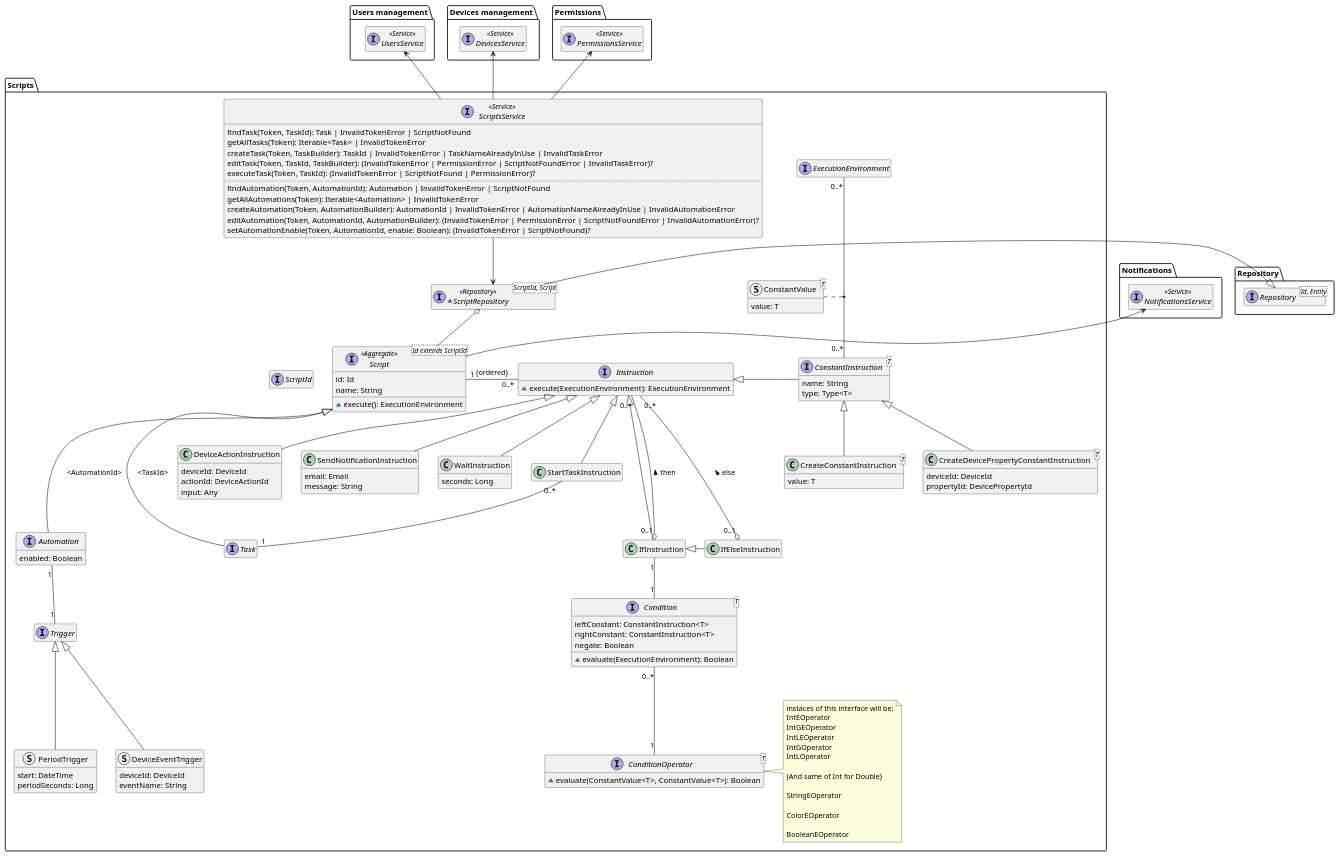
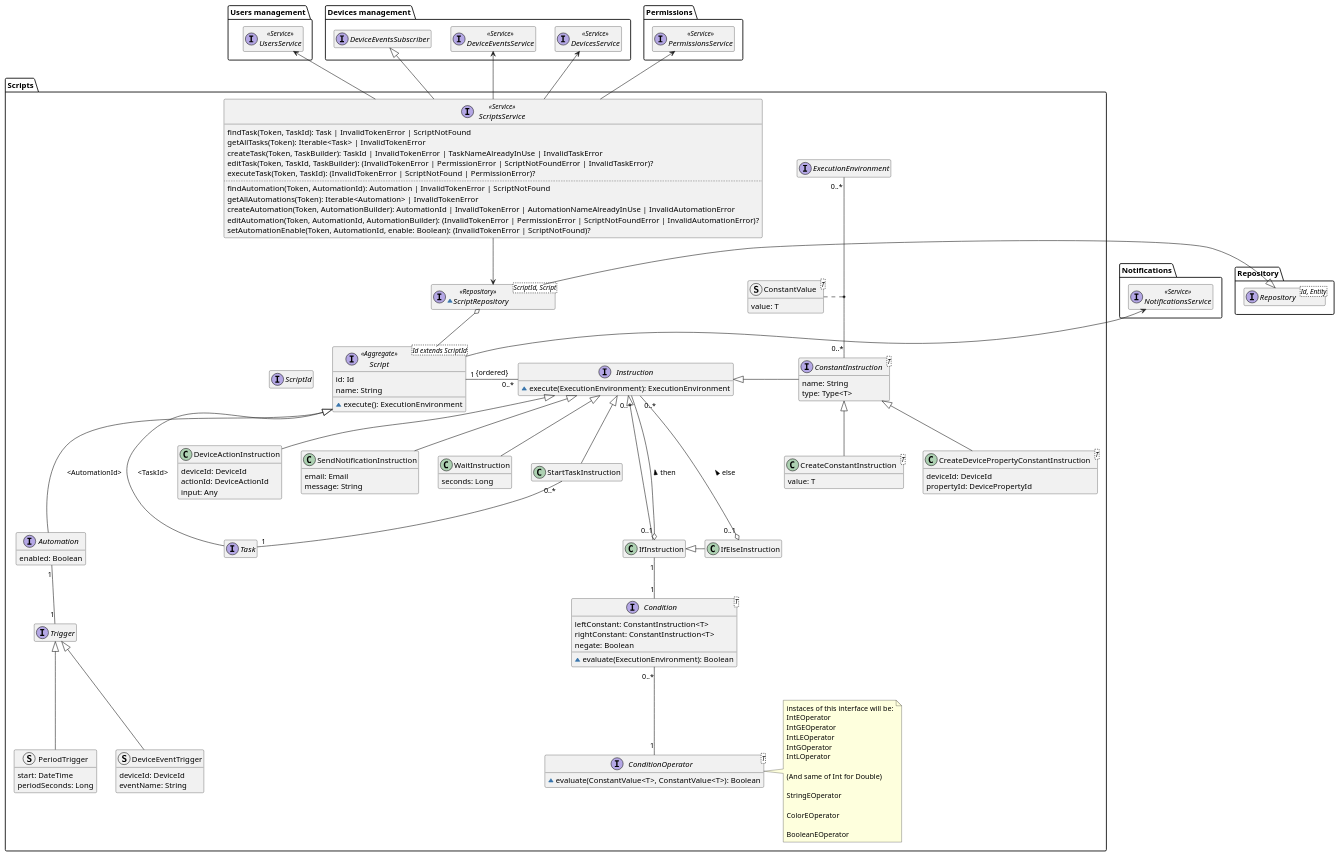
One commit to DomoticASW/.github changed the diagram in diagrams/src/scripts-domain-model.puml. Above: the diagram before and after it, drawn with PlantUML. The commit also changed 1 other file, not shown here.

Commit message:
fix doc missing dependencies Scripts->Devices

```diff
--- a/diagrams/src/scripts-domain-model.puml
+++ b/diagrams/src/scripts-domain-model.puml
@@ -1,165 +1,169 @@
 @startuml scripts-domain-model
 
 hide empty members
 package Repository{
     interface Repository<Id, Entity>
 }
 
 package "Users management" as UsersManagement {
     interface UsersService <<Service>>
 }
 
 package "Devices management" as DevicesManagement {
     interface DevicesService <<Service>>
+    interface DeviceEventsService <<Service>>
+    interface DeviceEventsSubscriber
 }
 
 package Permissions {
     interface PermissionsService <<Service>>
 }
 
 package Notifications {
     interface NotificationsService <<Service>>
 }
 
 package "Scripts" {
 
     interface ScriptId
 
     interface Script<Id extends ScriptId> <<Aggregate>> {
         id: Id
         name: String
         ~execute(): ExecutionEnvironment
     }
 
     interface Task
     interface Automation {
         enabled: Boolean
     }
 
     interface Trigger
 
     struct DeviceEventTrigger extends Trigger {
         deviceId: DeviceId
         eventName: String
     }
 
     struct PeriodTrigger extends Trigger {
         start: DateTime
         periodSeconds: Long
     }
 
     interface Instruction {
         ~execute(ExecutionEnvironment): ExecutionEnvironment
     }
     class StartTaskInstruction extends Instruction
 
     class DeviceActionInstruction extends Instruction {
         deviceId: DeviceId
         actionId: DeviceActionId
         input: Any
     }
 
     class IfInstruction
 
     class IfElseInstruction
 
     class SendNotificationInstruction extends Instruction {
         email: Email
         message: String
     }
 
     class WaitInstruction extends Instruction {
         seconds: Long
     }
 
     interface ConstantInstruction<T> {
         name: String
         type: Type<T>
     }
 
     class CreateDevicePropertyConstantInstruction<T> extends ConstantInstruction {
         deviceId: DeviceId
         propertyId: DevicePropertyId
     }
 
     class CreateConstantInstruction<T> extends ConstantInstruction {
         value: T
     }
 
     interface Condition<T> {
         leftConstant: ConstantInstruction<T>
         rightConstant: ConstantInstruction<T>
         negate: Boolean
         ~evaluate(ExecutionEnvironment): Boolean
     }
 
     interface ConditionOperator<T> {
         ~evaluate(ConstantValue<T>, ConstantValue<T>): Boolean
     }
 
     note right of ConditionOperator
         instaces of this interface will be:
         IntEOperator
         IntGEOperator
         IntLEOperator
         IntGOperator
         IntLOperator
 
         (And same of Int for Double)
 
         StringEOperator
 
         ColorEOperator
 
         BooleanEOperator
     end note
 
     interface ExecutionEnvironment
 
     struct ConstantValue<T> {
         value: T
     }
 
     ExecutionEnvironment "0..*" -- "0..*" ConstantInstruction
     ConstantValue .. (ExecutionEnvironment, ConstantInstruction)
 
     ~interface ScriptRepository<ScriptId, Script> <<Repository>> {
     }
     ScriptRepository -l-|> Repository.Repository
     ScriptRepository o-- Script
 
     interface ScriptsService <<Service>> {
         findTask(Token, TaskId): Task | InvalidTokenError | ScriptNotFound
         getAllTasks(Token): Iterable<Task> | InvalidTokenError
         createTask(Token, TaskBuilder): TaskId | InvalidTokenError | TaskNameAlreadyInUse | InvalidTaskError
         editTask(Token, TaskId, TaskBuilder): (InvalidTokenError | PermissionError | ScriptNotFoundError | InvalidTaskError)?
         executeTask(Token, TaskId): (InvalidTokenError | ScriptNotFound | PermissionError)?
         ..
         findAutomation(Token, AutomationId): Automation | InvalidTokenError | ScriptNotFound
         getAllAutomations(Token): Iterable<Automation> | InvalidTokenError
         createAutomation(Token, AutomationBuilder): AutomationId | InvalidTokenError | AutomationNameAlreadyInUse | InvalidAutomationError
         editAutomation(Token, AutomationId, AutomationBuilder): (InvalidTokenError | PermissionError | ScriptNotFoundError | InvalidAutomationError)?
         setAutomationEnable(Token, AutomationId, enable: Boolean): (InvalidTokenError | ScriptNotFound)?
     }
 
     Script -l[hidden] ScriptId
     Script <|-- Task : "<TaskId>"
     Script <|--- Automation : "<AutomationId>"
     Automation "1" -- "1" Trigger
     Script "1" -r- "0..*" Instruction : "{ordered}"
     IfInstruction --u-|> Instruction
     IfElseInstruction -l-|> IfInstruction
     IfInstruction "0..1" o-u- "0..*" Instruction : "then >"
     IfInstruction "1" -- "1" Condition
     IfElseInstruction "0..1" o-u- "0..*" Instruction : "else >"
     StartTaskInstruction "0..*" -- "1" Task
     Condition "0..*" -- "1" ConditionOperator
     ConstantInstruction -l-|> Instruction
     ScriptsService --> ScriptRepository
     ScriptsService -u-> Permissions.PermissionsService
     ScriptsService -u-> DevicesManagement.DevicesService
+    ScriptsService -u-> DevicesManagement.DeviceEventsService
+    ScriptsService -u-|> DevicesManagement.DeviceEventsSubscriber
     ScriptsService -u-> UsersManagement.UsersService
     Script -u-> Notifications.NotificationsService
 }
 
 @enduml
```
